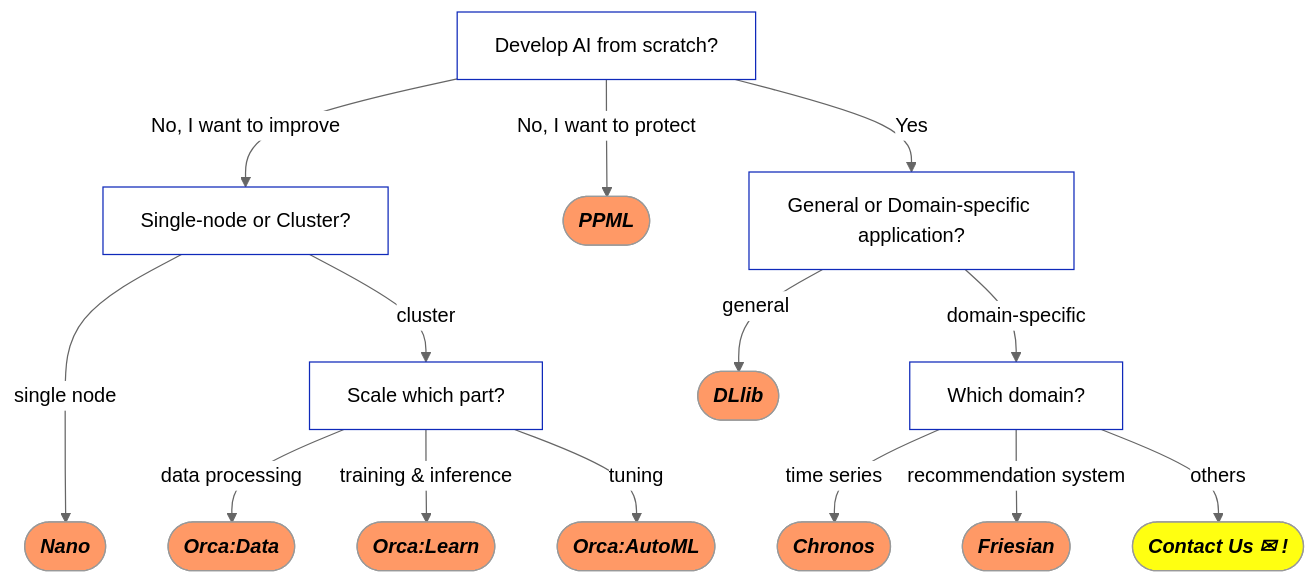
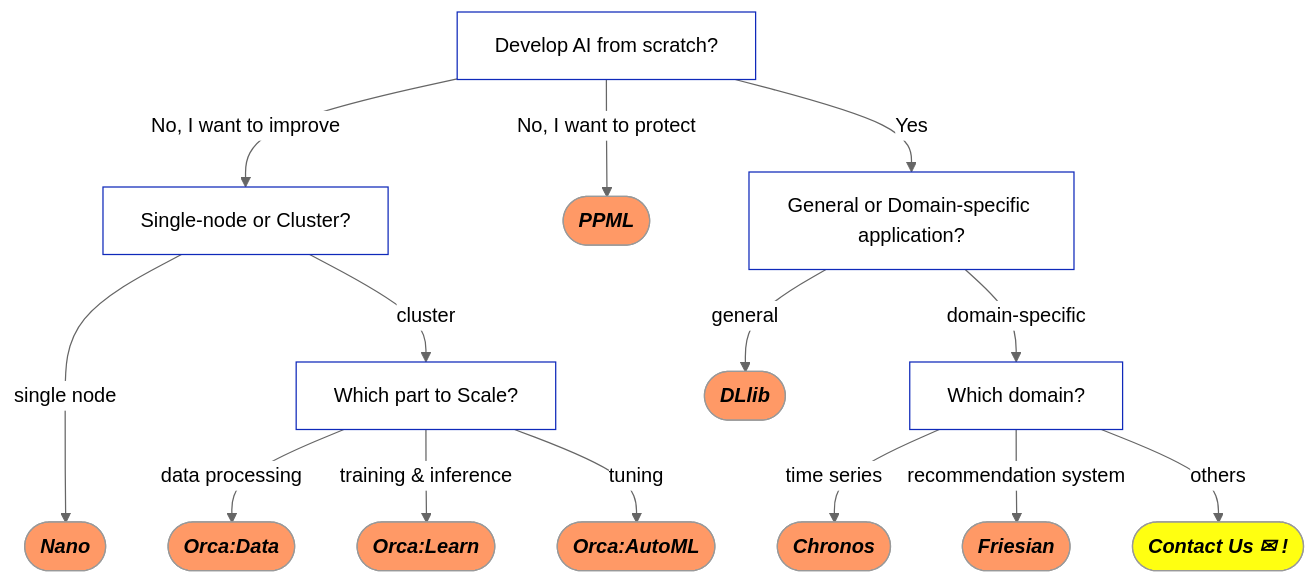
The diagram in README.md (intel-analytics/ipex-llm), drawn with Mermaid (neutral theme) before and after one commit.

````diff
--- a/README.md
+++ b/README.md
@@ -47,37 +47,37 @@
 ```mermaid
 flowchart TD;
     Feature1[Develop AI from scratch?];
     Feature1-- No, I want to improve -->Feature2[Single-node or Cluster?];
     Feature1-- No, I want to protect -->ReferPPML([<em><strong>PPML</strong></em>]);
     Feature1-- Yes --> Feature3[General or Domain-specific application?];
     Feature2-- single node --->ReferNano([<em><strong>Nano</strong></em>]);
-    Feature2-- cluster -->Feature5[Scale which part?];
+    Feature2-- cluster -->Feature5[Which part to Scale?];
     Feature5-- data processing -->ReferOrcaData([<em><strong>Orca:Data </strong></em>]);
     Feature5-- training & inference -->ReferOrcaLearn([<em><strong>Orca:Learn </strong></em>]);
     Feature5-- tuning -->ReferOrcaAutoml([<em><strong>Orca:AutoML </strong></em>]);
     Feature3-- general -->ReferDLlib([<em><strong>DLlib</strong></em>]);
     Feature3-- domain-specific -->Feature4[Which domain?];
     Feature4-- time series -->ReferChronos([<em><strong>Chronos</strong></em>]);
     Feature4-- recommendation system -->ReferFriesian([<em><strong>Friesian</strong></em>]);
     Feature4-- others -->ReferContact([<em><strong>Contact Us &#x2709 !</strong></em>]);
 
     
     click ReferNano "https://bigdl.readthedocs.io/en/latest/doc/Nano/Overview/nano.html" "Refer to Nano" _parent
     click ReferOrcaData "https://bigdl.readthedocs.io/en/latest/doc/Orca/Overview/data-parallel-processing.html"
     click ReferOrcaLearn "https://bigdl.readthedocs.io/en/latest/doc/Orca/Overview/distributed-training-inference.html"
     click ReferOrcaAutoml "https://bigdl.readthedocs.io/en/latest/doc/Orca/Overview/distributed-tuning.html"
     click ReferDLlib "https://bigdl.readthedocs.io/en/latest/doc/DLlib/Overview/dllib.html"
     click ReferRayOnSpark "https://bigdl.readthedocs.io/en/latest/doc/Ray/Overview/ray.html"
     click ReferChronos "https://bigdl.readthedocs.io/en/latest/doc/Chronos/Overview/chronos.html"
     click ReferFriesian "https://bigdl.readthedocs.io/en/latest/doc/Chronos/Overview/chronos.html"
     click ReferPPML "https://bigdl.readthedocs.io/en/latest/doc/PPML/Overview/ppml.html"
     click ReferContact "mailto:jason.dai@intel.com"
     
     classDef ReferStyle1 fill:#f96;
     classDef ReferStyle2 fill:#FF1;
     classDef Feature fill:#FFF,stroke:#0f29ba,stroke-width:1px;
     class ReferNano,ReferOrcaLearn,ReferOrcaData,ReferOrcaAutoml,ReferDLlib,ReferRayOnSpark,ReferChronos,ReferFriesian,ReferPPML ReferStyle1;
     class ReferContact, ReferStyle2
     class Feature1,Feature2,Feature3,Feature4,Feature5,Feature6,Feature7 Feature;
     
 ```
````
